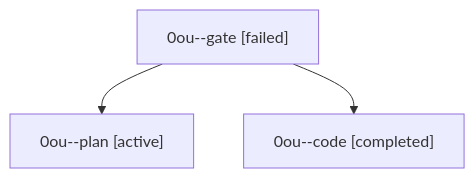
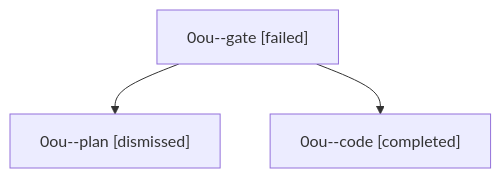
The diagram in sessions/bbugyi200.athena.0ou.md (sase-org/sase--agents), drawn with Mermaid before and after one commit. The commit also changed other lines of this file and 30 other files, not shown here.

````diff
--- a/sessions/bbugyi200.athena.0ou.md
+++ b/sessions/bbugyi200.athena.0ou.md
@@ -9,8 +9,8 @@
 ```mermaid
 flowchart TD
   n0["0ou--gate [failed]"]
-  n1["0ou--plan [active]"]
+  n1["0ou--plan [dismissed]"]
   n0 --> n1
   n2["0ou--code [completed]"]
   n0 --> n2
 ```
````
